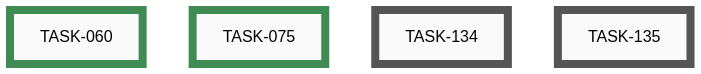
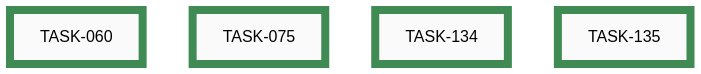
One commit to tgd1975/CircuitSmith changed diagram 15 of 15 in docs/developers/tasks/EPICS.md. Above: the diagram before and after it, drawn with Mermaid. The commit also changed other lines of this file and 16 other files, not shown here.

First line of the commit message:
close TASK-134, TASK-135: ERC trigger fixtures + router/netgraph property tests

````diff
--- a/docs/developers/tasks/EPICS.md
+++ b/docs/developers/tasks/EPICS.md
@@ -967,20 +967,20 @@
 ```mermaid
 graph LR
-    TASK_134["TASK-134"]:::open
-    TASK_135["TASK-135"]:::open
     TASK_060["TASK-060"]:::closed
     TASK_075["TASK-075"]:::closed
+    TASK_134["TASK-134"]:::closed
+    TASK_135["TASK-135"]:::closed
     TASK_060 ~~~ TASK_075 ~~~ TASK_134 ~~~ TASK_135
-    click TASK_134 "open/task-134-fixtures-for-untriggered-erc-schema-checks.md"
-    click TASK_135 "open/task-135-property-based-tests-router-and-netgraph.md"
     click TASK_060 "closed/task-060-autonomous-implementation-mode.md"
     click TASK_075 "closed/task-075-fix-idea-skill-template-markdownlint.md"
+    click TASK_134 "closed/task-134-fixtures-for-untriggered-erc-schema-checks.md"
+    click TASK_135 "closed/task-135-property-based-tests-router-and-netgraph.md"
     classDef open    fill:#FAFAFA,stroke:#555,stroke-width:8px,color:#000
     classDef active  fill:#FAFAFA,stroke:#1A6FA8,stroke-width:8px,color:#000
     classDef closed  fill:#FAFAFA,stroke:#3F8B53,stroke-width:8px,color:#000
     classDef paused  fill:#FAFAFA,stroke:#B07810,stroke-width:8px,color:#000
     classDef openExt    fill:#000,stroke:#888,stroke-width:8px,color:#FFF
     classDef activeExt  fill:#000,stroke:#3FA9F5,stroke-width:8px,color:#FFF
     classDef closedExt  fill:#000,stroke:#7CC68A,stroke-width:8px,color:#FFF
     classDef pausedExt  fill:#000,stroke:#F0B030,stroke-width:8px,color:#FFF
 ```
````
